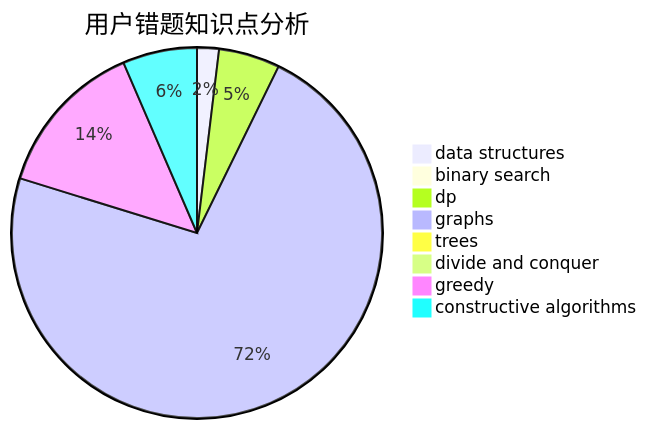
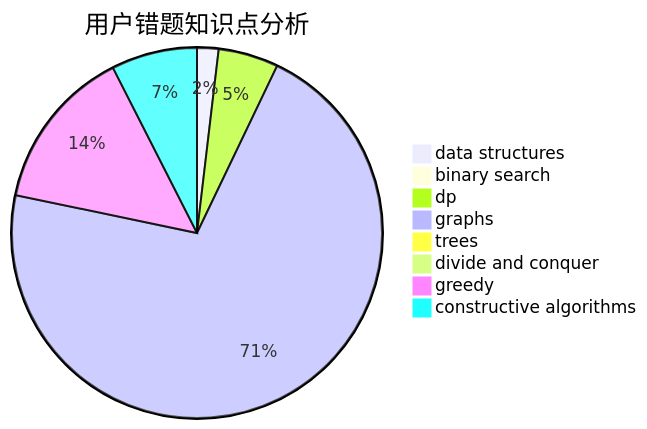
One commit to sherpahu/cfrs.github.io changed the third of 3 diagrams in docs/user/u1878.md. Above: the diagram before and after it, drawn with Mermaid. The commit also changed other lines of this file and 2770 other files, not shown here.

````diff
--- a/docs/user/u1878.md
+++ b/docs/user/u1878.md
@@ -36,11 +36,11 @@
 ```mermaid
 pie title 用户错题知识点分析
     "data structures" :  5
     "binary search" :  2
     "dp" :  14
     "graphs" :  190
     "trees" :  0
     "divide and conquer" :  0
-    "greedy" :  36
-    "constructive algorithms" :  17
+    "greedy" :  38
+    "constructive algorithms" :  20
 ```
````
